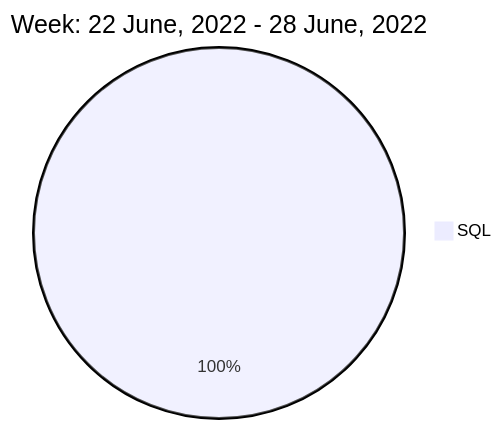
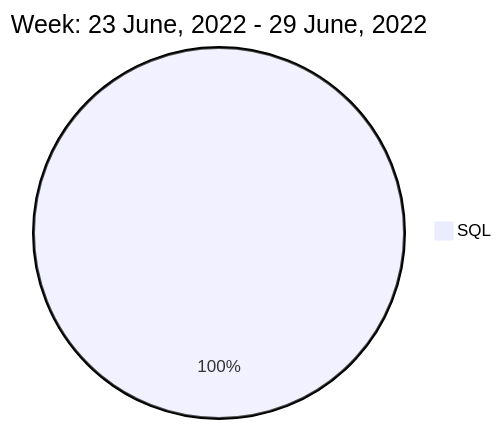
One commit to liubin95/liubin95 changed the diagram in README.md. Above: the diagram before and after it, drawn with Mermaid.

Commit message:
Updated the Graph with new Metrics

````diff
--- a/README.md
+++ b/README.md
@@ -40,5 +40,5 @@
 ```mermaid
  pie
-title Week: 22 June, 2022 - 28 June, 2022
- "SQL" : 2.28
+title Week: 23 June, 2022 - 29 June, 2022
+ "SQL" : 2.23
 ```
````
